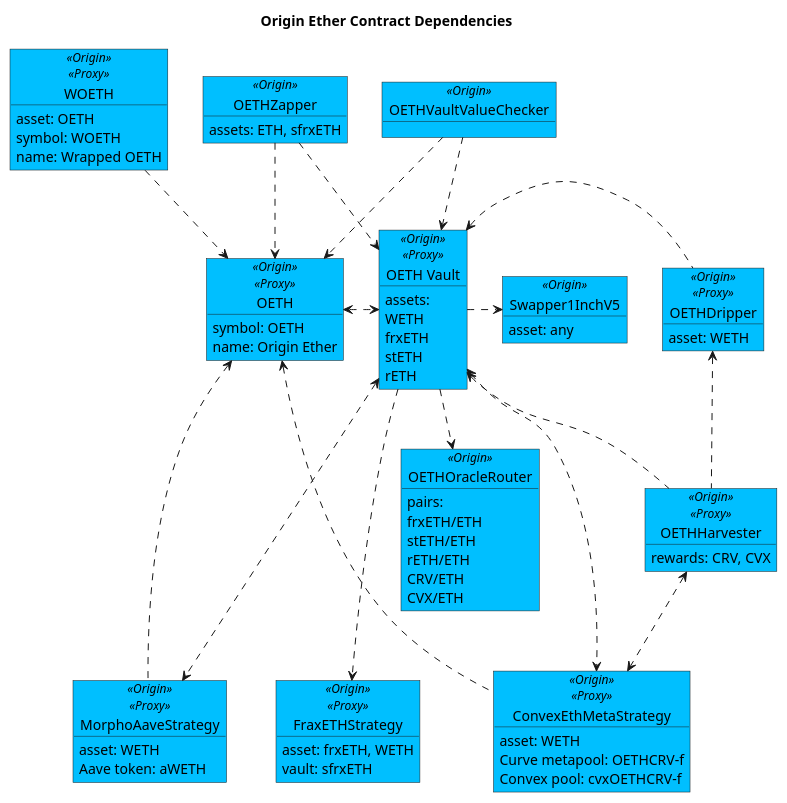
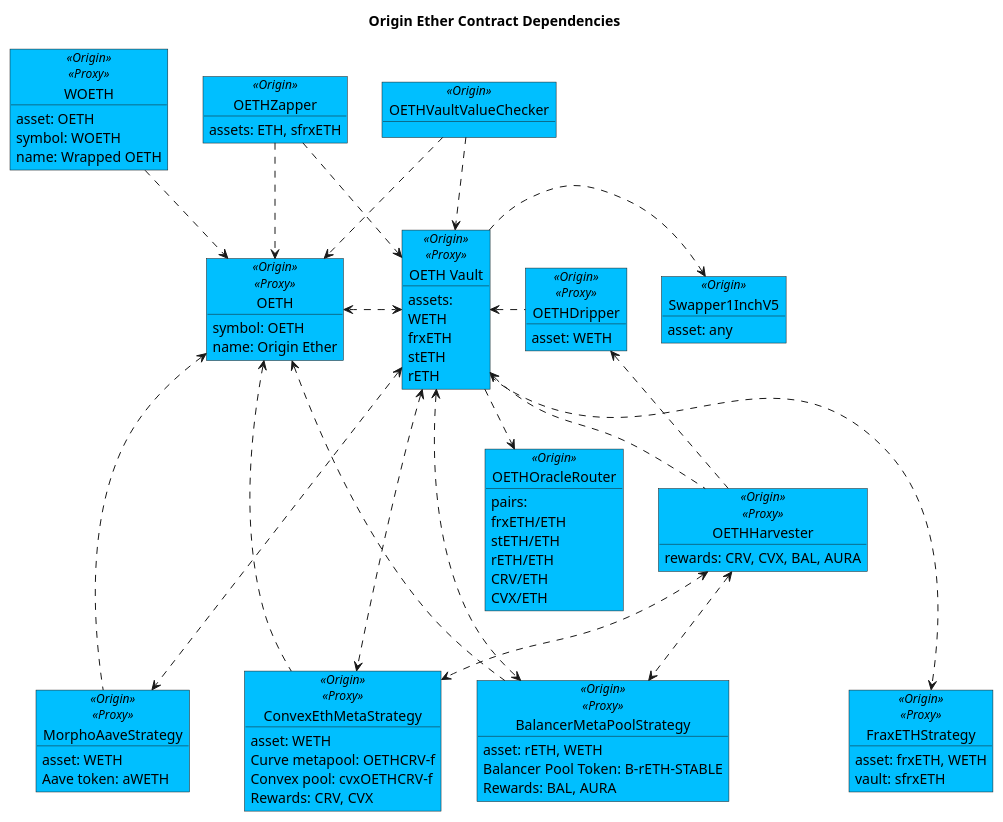
One commit to OriginProtocol/origin-dollar changed the diagram in contracts/docs/plantuml/oethContracts.puml. Above: the diagram before and after it, drawn with PlantUML. The commit also changed 45 other files, not shown here.

First line of the commit message:
Balancer MetaStablePool Strategy (#1697)

```diff
--- a/contracts/docs/plantuml/oethContracts.puml
+++ b/contracts/docs/plantuml/oethContracts.puml
@@ -37,7 +37,7 @@
 }
 
 object "OETHHarvester" as harv <<Origin>><<Proxy>> #DeepSkyBlue {
-    rewards: CRV, CVX
+    rewards: CRV, CVX, BAL, AURA
 }
 
 ' Strategies
@@ -49,10 +49,17 @@
     asset: WETH
     Curve metapool: OETHCRV-f
     Convex pool: cvxOETHCRV-f
+    Rewards: CRV, CVX
 }
 object "MorphoAaveStrategy" as morphAaveStrat <<Origin>><<Proxy>> #DeepSkyBlue {
     asset: WETH
     Aave token: aWETH
+}
+
+object "BalancerMetaPoolStrategy" as balancerStrat <<Origin>><<Proxy>> #DeepSkyBlue {
+    asset: rETH, WETH
+    Balancer Pool Token: B-rETH-STABLE
+    Rewards: BAL, AURA
 }
 
 ' Oracle
@@ -203,6 +210,11 @@
 ' morphoV2 ..> aweth
 ' morphoV2 ..> vdweth
 
+' Balancer Strategy
+oethv <...> balancerStrat
+oeth <... balancerStrat
+harv <..> balancerStrat
+
 ' ' Vault to Assets
 ' oethv .....> frxeth
 ' oethv .....> weth
```
